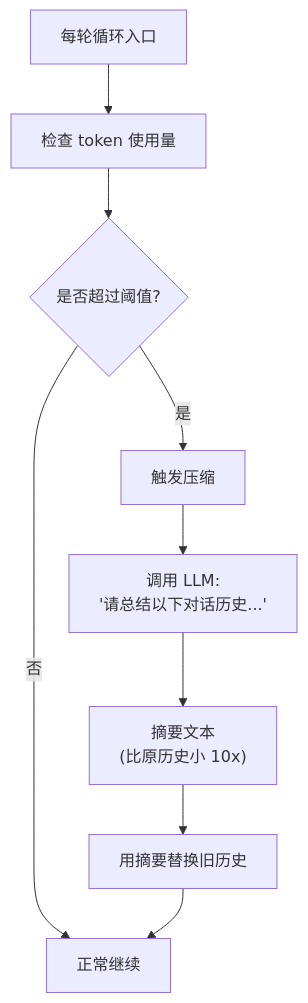
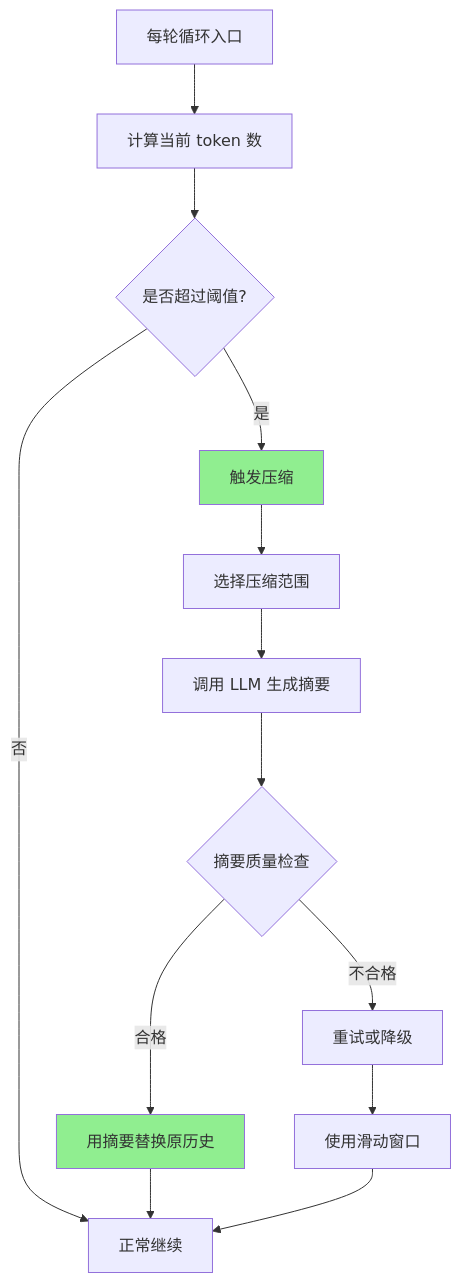
The fourth of 7 diagrams in docs/comm/07-comm-memory-context.md (giraffe-tree/agent-base), drawn with Mermaid before and after one commit. The commit also changed other lines of this file and 39 other files, not shown here.

````diff
--- a/docs/comm/07-comm-memory-context.md
+++ b/docs/comm/07-comm-memory-context.md
@@ -76,11 +204,18 @@
 ```mermaid
 flowchart TD
-    A["每轮循环入口"] --> B["检查 token 使用量"]
+    A[每轮循环入口] --> B[计算当前 token 数]
     B --> C{是否超过阈值?}
-    C -->|否| D["正常继续"]
-    C -->|是| E["触发压缩"]
-    E --> F["调用 LLM:\n'请总结以下对话历史...'"]
-    F --> G["摘要文本\n(比原历史小 10x)"]
-    G --> H["用摘要替换旧历史"]
-    H --> D
+    C -->|否| D[正常继续]
+    C -->|是| E[触发压缩]
+    E --> F[选择压缩范围]
+    F --> G[调用 LLM 生成摘要]
+    G --> H{摘要质量检查}
+    H -->|合格| I[用摘要替换原历史]
+    H -->|不合格| J[重试或降级]
+    I --> D
+    J --> K[使用滑动窗口]
+    K --> D
+
+    style E fill:#90EE90
+    style I fill:#90EE90
 ```
````
